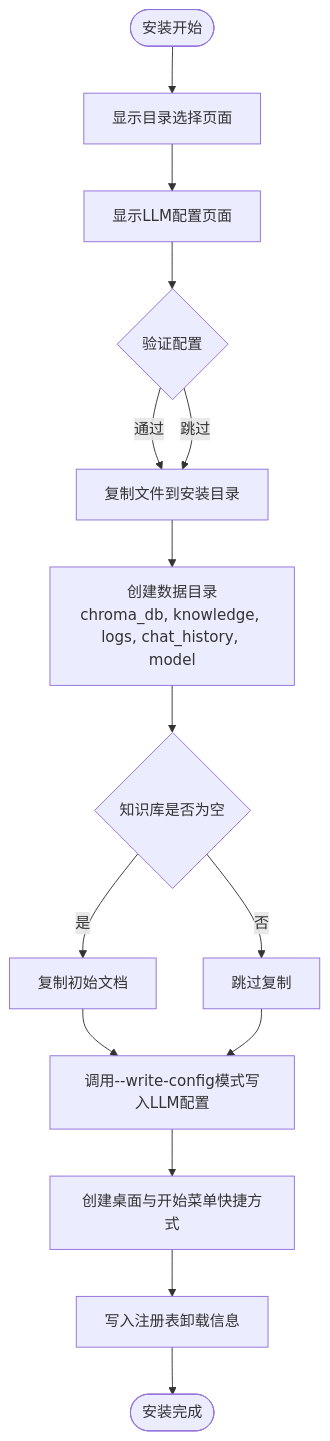
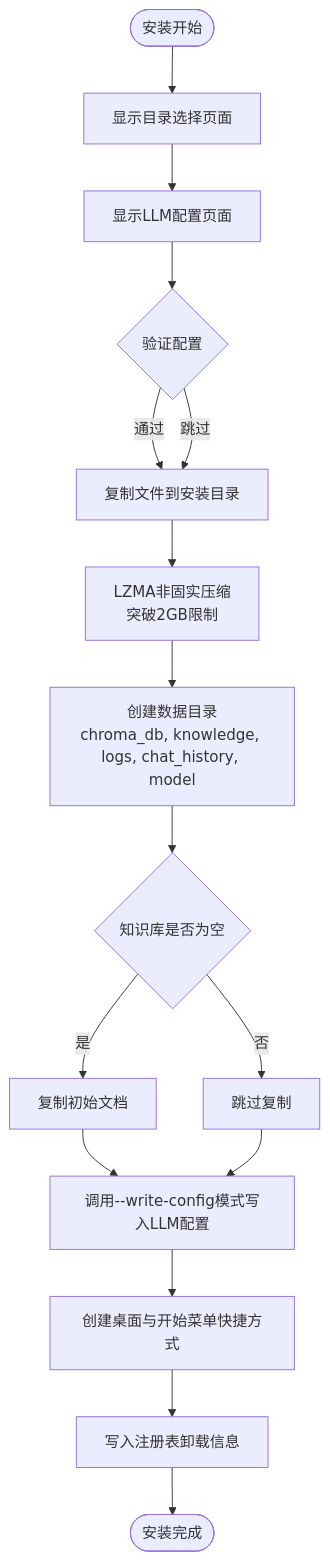
The sixth of 11 diagrams in .qoder/repowiki/zh/content/部署与运维/安装部署脚本/Windows安装器.md (joyafa/knowledge), drawn with Mermaid before and after one commit. The commit also changed other lines of this file and 18 other files, not shown here.

````diff
--- a/.qoder/repowiki/zh/content/部署与运维/安装部署脚本/Windows安装器.md
+++ b/.qoder/repowiki/zh/content/部署与运维/安装部署脚本/Windows安装器.md
@@ -275,17 +289,18 @@
 ```mermaid
 flowchart TD
 Start([安装开始]) --> Page["显示目录选择页面"]
 Page --> LLMPage["显示LLM配置页面"]
 LLMPage --> Validate{"验证配置"}
 Validate --> |通过| Install["复制文件到安装目录"]
 Validate --> |跳过| Install
-Install --> CreateDirs["创建数据目录<br/>chroma_db, knowledge, logs, chat_history, model"]
+Install --> Compress["LZMA非固实压缩<br/>突破2GB限制"]
+Compress --> CreateDirs["创建数据目录<br/>chroma_db, knowledge, logs, chat_history, model"]
 CreateDirs --> CopyDocs{"知识库是否为空"}
 CopyDocs --> |是| CopyInit["复制初始文档"]
 CopyDocs --> |否| SkipCopy["跳过复制"]
 CopyInit --> WriteCfg["调用--write-config模式写入LLM配置"]
 SkipCopy --> WriteCfg
 WriteCfg --> Shortcuts["创建桌面与开始菜单快捷方式"]
 Shortcuts --> Reg["写入注册表卸载信息"]
 Reg --> End([安装完成])
 ```
````
